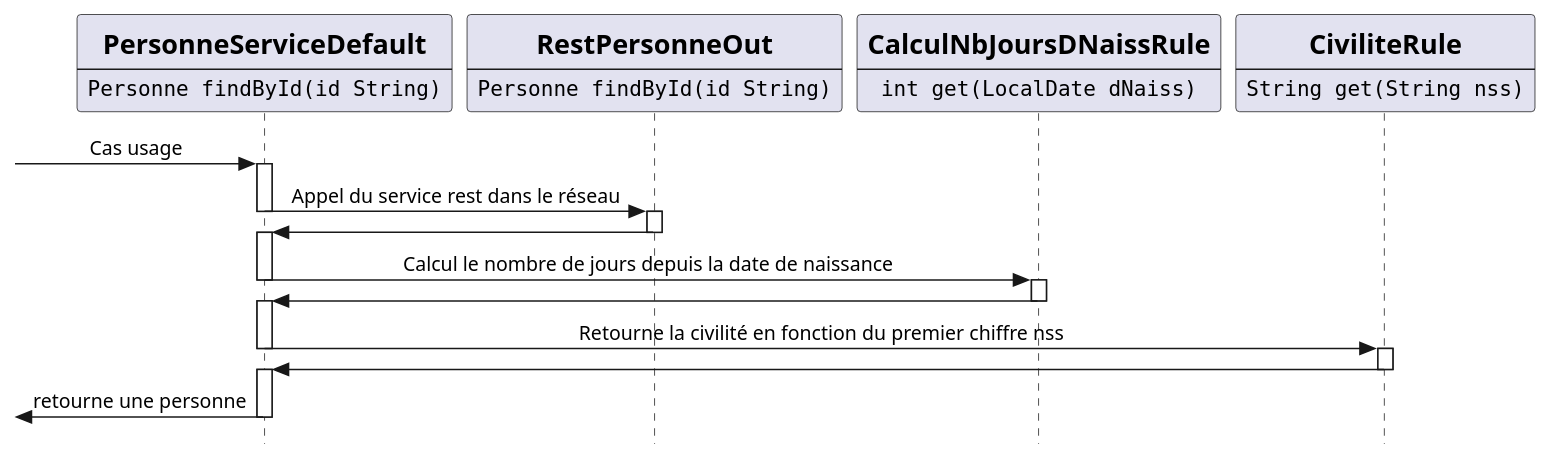
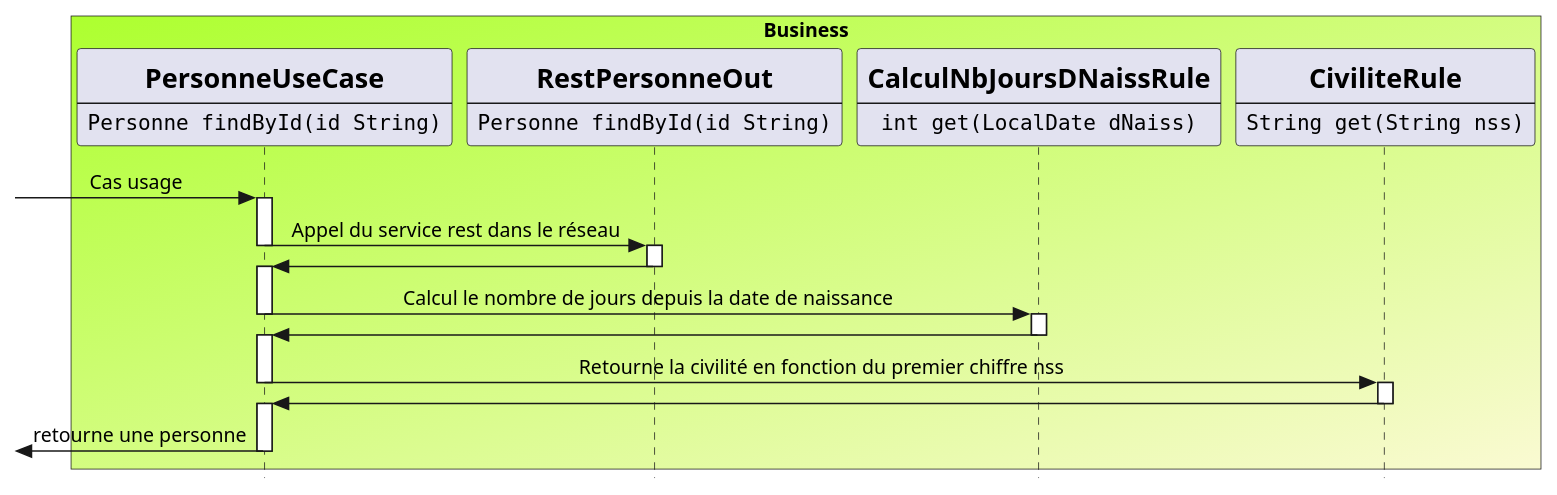
The diagram in images/business/dia_seq_business_ex.puml (stef38-code/structureProjet), drawn with PlantUML before and after one commit. The commit also changed 10 other files, not shown here.

```diff
--- a/images/business/dia_seq_business_ex.puml
+++ b/images/business/dia_seq_business_ex.puml
@@ -1,33 +1,36 @@
 @startuml
 skinparam style strictuml
 skinparam sequenceMessageAlign center
-participant PersonneServiceDefault [
-    =PersonneServiceDefault
+
+box "Business" #GreenYellow/LightGoldenRodYellow
+participant PersonneUseCase [
+    =PersonneUseCase
     ----
     ""Personne findById(id String)""
 ]
 participant RestPersonneOut [
     =RestPersonneOut
     ----
     ""Personne findById(id String)""
 ]
 participant CalculNbJoursDNaissRule [
     =CalculNbJoursDNaissRule
     ----
     ""int get(LocalDate dNaiss)""
 ]
 participant CiviliteRule [
     =CiviliteRule
     ----
     ""String get(String nss)""
 ]
+end box
 
-[-> PersonneServiceDefault ++ : Cas usage
-PersonneServiceDefault -> RestPersonneOut --++: Appel du service rest dans le réseau
-RestPersonneOut -> PersonneServiceDefault --++:
-PersonneServiceDefault -> CalculNbJoursDNaissRule --++: Calcul le nombre de jours depuis la date de naissance
-CalculNbJoursDNaissRule -> PersonneServiceDefault --++
-PersonneServiceDefault -> CiviliteRule --++: Retourne la civilité en fonction du premier chiffre nss
-CiviliteRule -> PersonneServiceDefault --++
-[<- PersonneServiceDefault -- : retourne une personne
+[-> PersonneUseCase ++ : Cas usage
+PersonneUseCase -> RestPersonneOut --++: Appel du service rest dans le réseau
+RestPersonneOut -> PersonneUseCase --++:
+PersonneUseCase -> CalculNbJoursDNaissRule --++: Calcul le nombre de jours depuis la date de naissance
+CalculNbJoursDNaissRule -> PersonneUseCase --++
+PersonneUseCase -> CiviliteRule --++: Retourne la civilité en fonction du premier chiffre nss
+CiviliteRule -> PersonneUseCase --++
+[<- PersonneUseCase -- : retourne une personne
 @enduml
```
